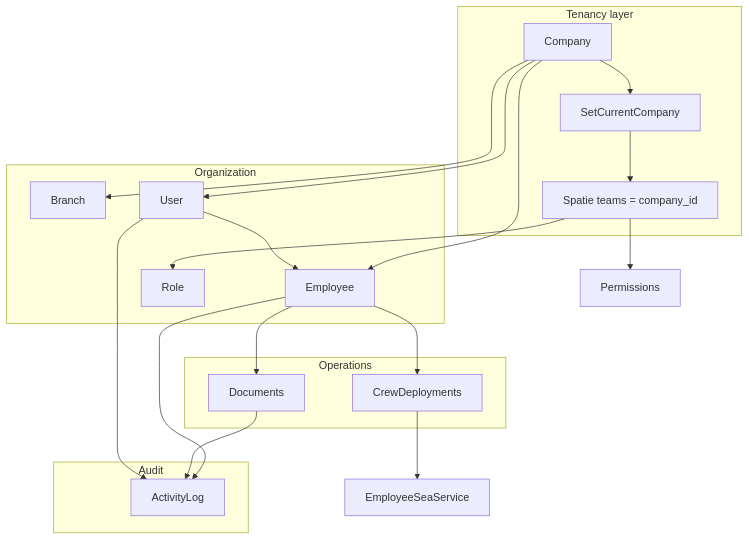
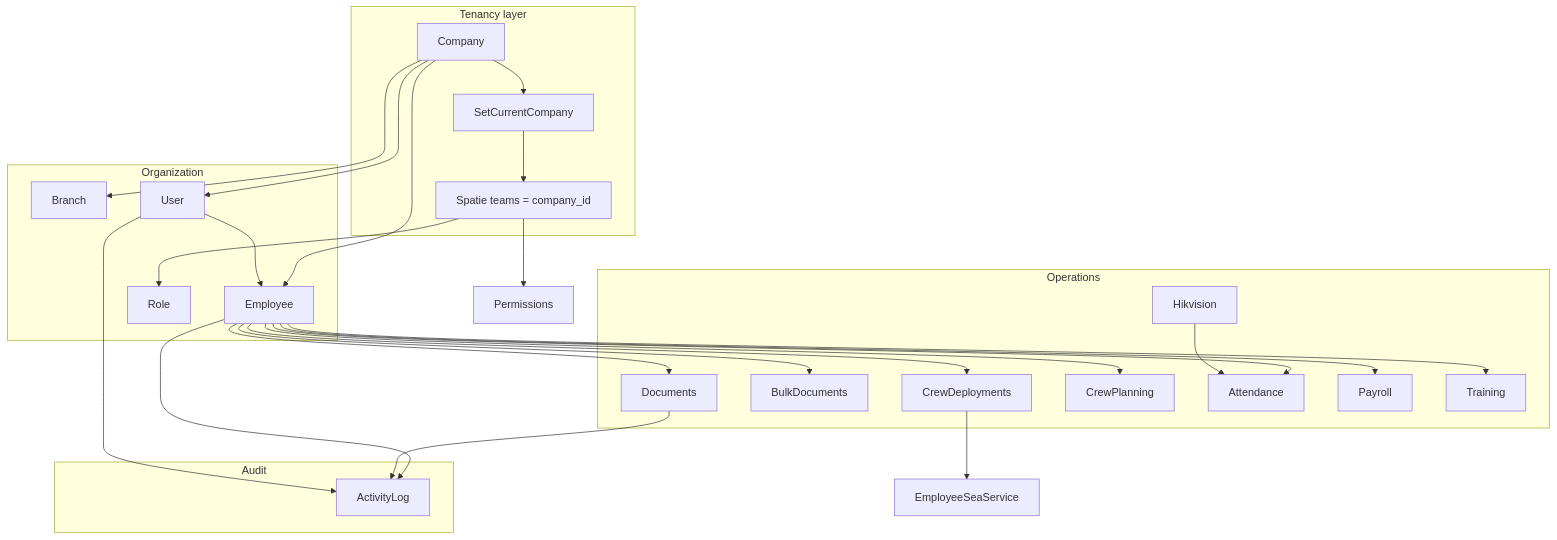
One commit to rabil007/HRM changed the eighth of 8 diagrams in docs/architecture/domains.md. Above: the diagram before and after it, drawn with Mermaid. The commit also changed other lines of this file and 64 other files, not shown here.

````diff
--- a/docs/architecture/domains.md
+++ b/docs/architecture/domains.md
@@ -737,41 +883,53 @@
 ```mermaid
 flowchart TB
     subgraph tenancy [Tenancy layer]
         Company
         SetCurrentCompany
         SpatieTeams[Spatie teams = company_id]
     end
 
     subgraph org [Organization]
         Branch
         Employee
         User
         Role
     end
 
     subgraph operations [Operations]
         Documents
+        BulkDocuments
         CrewDeployments
+        CrewPlanning
+        Attendance
+        Payroll
+        Training
+        Hikvision
     end
 
     subgraph audit [Audit]
         ActivityLog
     end
 
     Company --> SetCurrentCompany
     SetCurrentCompany --> SpatieTeams
     SpatieTeams --> Role
     SpatieTeams --> Permissions
 
     Company --> Branch
     Company --> Employee
     Company --> User
     User --> Employee
     Employee --> Documents
+    Employee --> BulkDocuments
     Employee --> CrewDeployments
+    Employee --> CrewPlanning
+    Employee --> Attendance
+    Employee --> Payroll
+    Employee --> Training
+    Hikvision --> Attendance
     CrewDeployments --> EmployeeSeaService
 
     Employee --> ActivityLog
     Documents --> ActivityLog
     User --> ActivityLog
 ```
````
